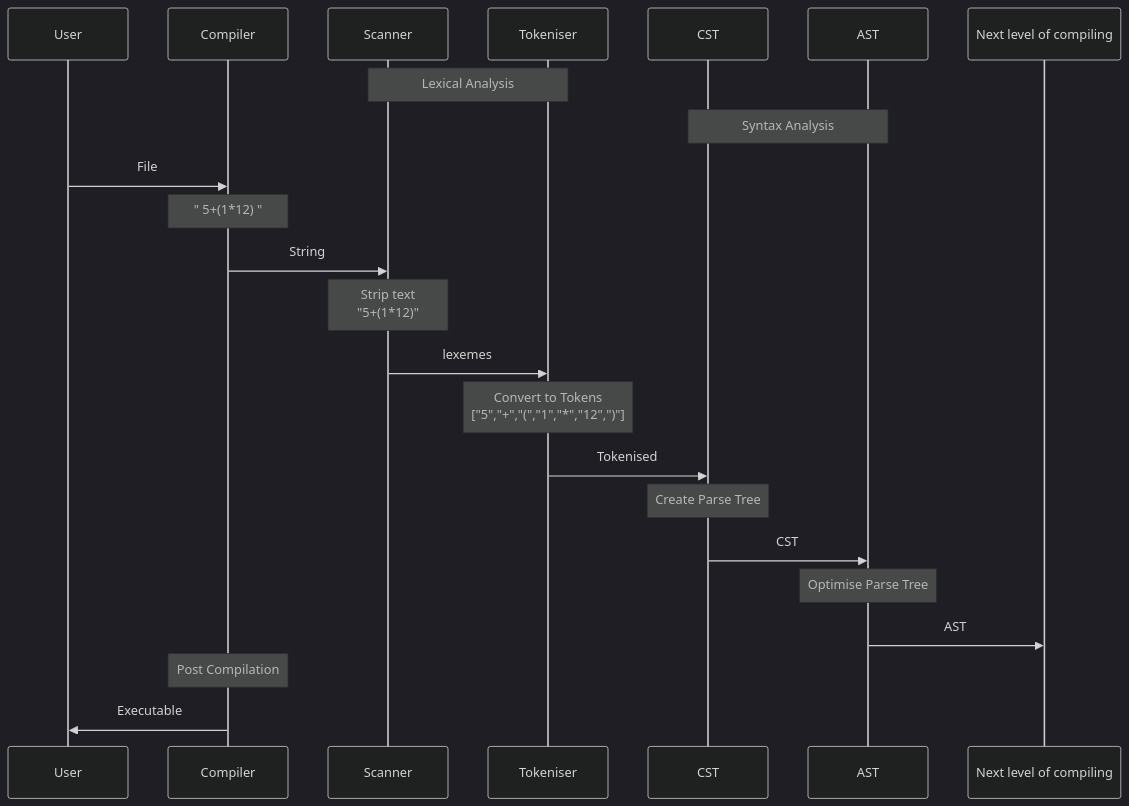
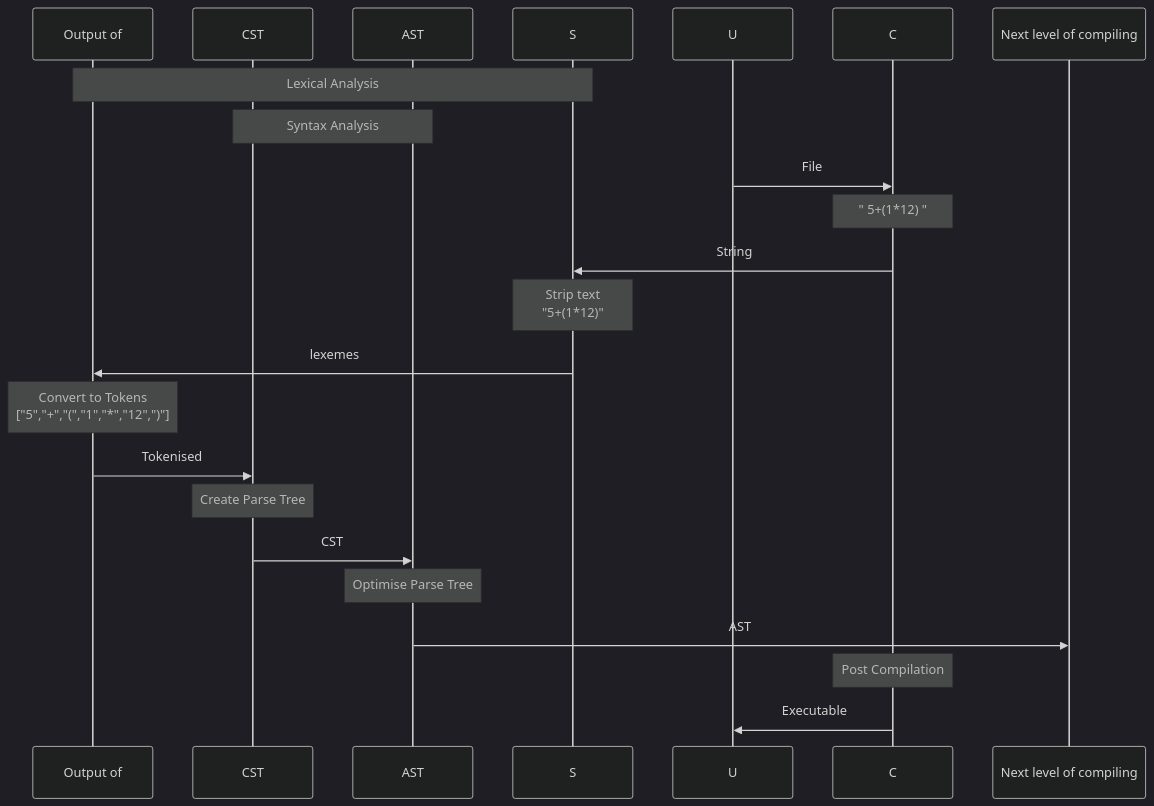
Before and after one commit to trshant-sugoi/stackedit: the third of 5 diagrams in drafts/2019-02-25-Compiler-I-AST.md, drawn with Mermaid (dark theme). The commit also changed other lines of this file, not shown here.

Commit message:
drafts/2019-02-25-Compiler-I-AST.md updated from https://stackedit.io/

````diff
--- a/drafts/2019-02-25-Compiler-I-AST.md
+++ b/drafts/2019-02-25-Compiler-I-AST.md
@@ -58,25 +58,22 @@
 ```mermaid
 sequenceDiagram
-participant U as User  
-participant C as Compiler   
-participant S as Scanner
-participant T as Tokeniser   
+participant T as Output of    
 participant SA1 as CST
 participant SA2 as AST 
 
 Note over S,T: Lexical Analysis
 Note over SA1,SA2: Syntax Analysis
 U ->> C  : File  
 Note over C: " 5+(1*12) "
 C ->> S  : String
 Note over S: Strip text <br/>"5+(1*12)"
 S ->> T  : lexemes  
 Note over T: Convert to Tokens<br/>["5","+","(","1","*","12",")"]
 T ->> SA1 : Tokenised   
 Note over SA1: Create Parse Tree
 SA1  ->> SA2 : CST
 Note over SA2: Optimise Parse Tree
 SA2  ->> Next level of compiling: AST 
 Note over C: Post Compilation
 C ->> U: Executable  
 ```  
````
